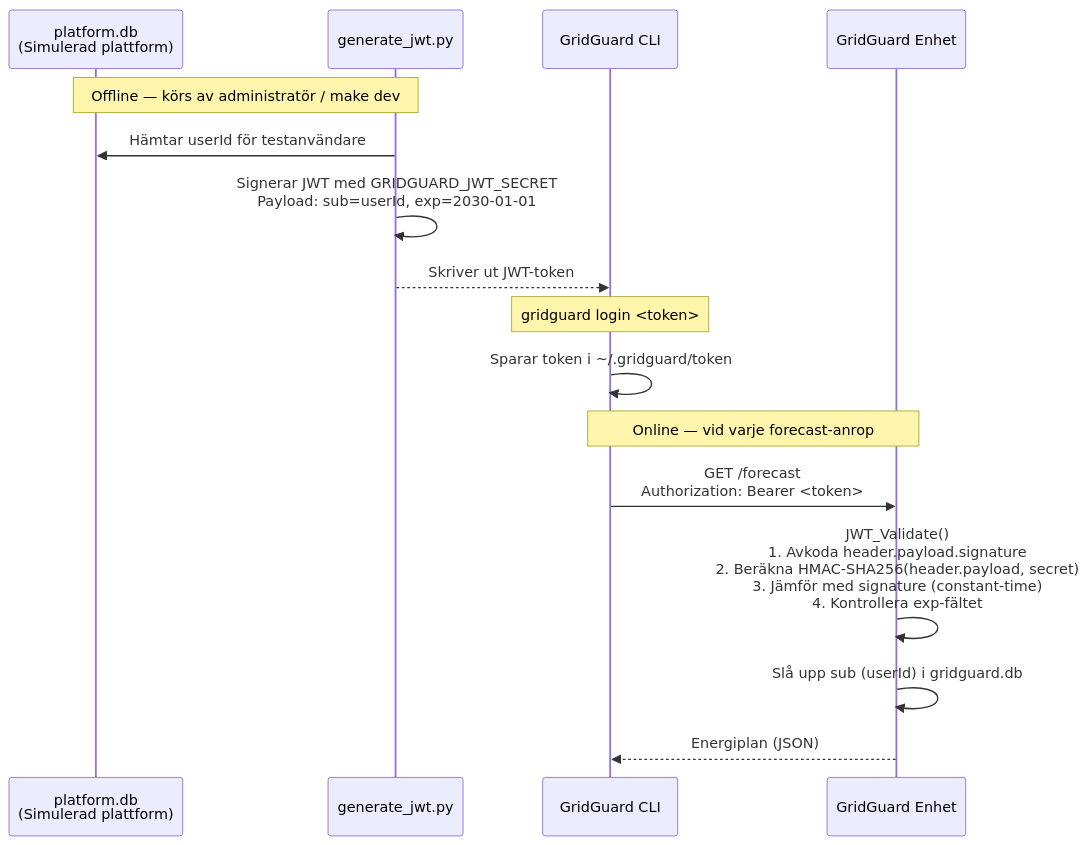
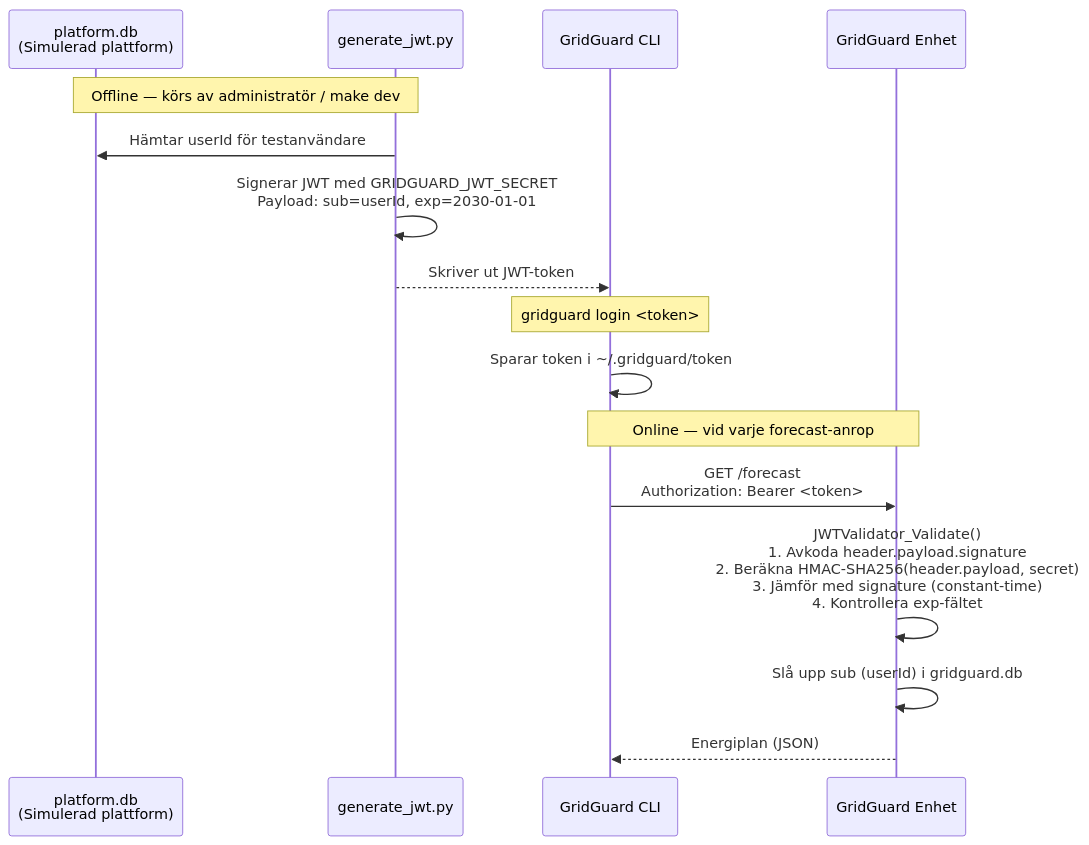
One commit to allejako/GridGuard changed the tenth of 21 diagrams in docs/ARCHITECTURE.md. Above: the diagram before and after it, drawn with Mermaid. The commit also changed other lines of this file and 50 other files, not shown here.

````diff
--- a/docs/ARCHITECTURE.md
+++ b/docs/ARCHITECTURE.md
@@ -496,21 +496,21 @@
 ```mermaid
 sequenceDiagram
     participant PDB as platform.db<br/>(Simulerad plattform)
     participant GEN as generate_jwt.py
     participant CLI as GridGuard CLI
     participant DEV as GridGuard Enhet
 
     Note over PDB,GEN: Offline — körs av administratör / make dev
     GEN->>PDB: Hämtar userId för testanvändare
     GEN->>GEN: Signerar JWT med GRIDGUARD_JWT_SECRET<br/>Payload: sub=userId, exp=2030-01-01
     GEN-->>CLI: Skriver ut JWT-token
 
     Note over CLI: gridguard login <token>
     CLI->>CLI: Sparar token i ~/.gridguard/token
 
     Note over CLI,DEV: Online — vid varje forecast-anrop
     CLI->>DEV: GET /forecast<br/>Authorization: Bearer <token>
-    DEV->>DEV: JWT_Validate()<br/>1. Avkoda header.payload.signature<br/>2. Beräkna HMAC-SHA256(header.payload, secret)<br/>3. Jämför med signature (constant-time)<br/>4. Kontrollera exp-fältet
+    DEV->>DEV: JWTValidator_Validate()<br/>1. Avkoda header.payload.signature<br/>2. Beräkna HMAC-SHA256(header.payload, secret)<br/>3. Jämför med signature (constant-time)<br/>4. Kontrollera exp-fältet
     DEV->>DEV: Slå upp sub (userId) i gridguard.db
     DEV-->>CLI: Energiplan (JSON)
 ```
````
